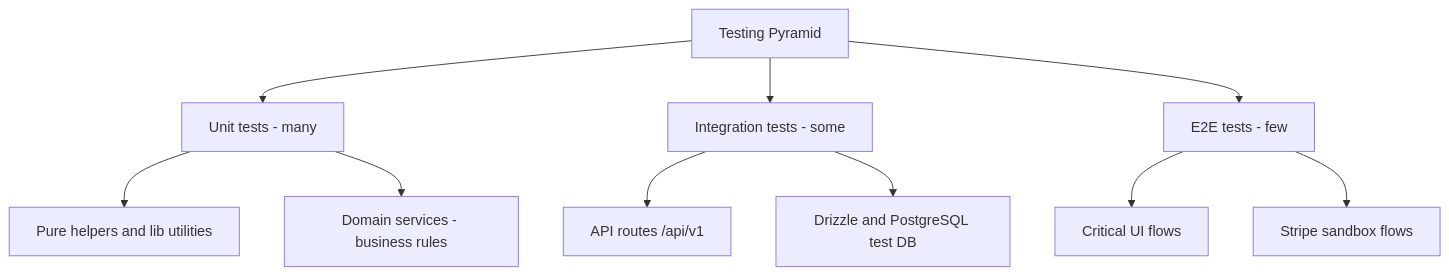
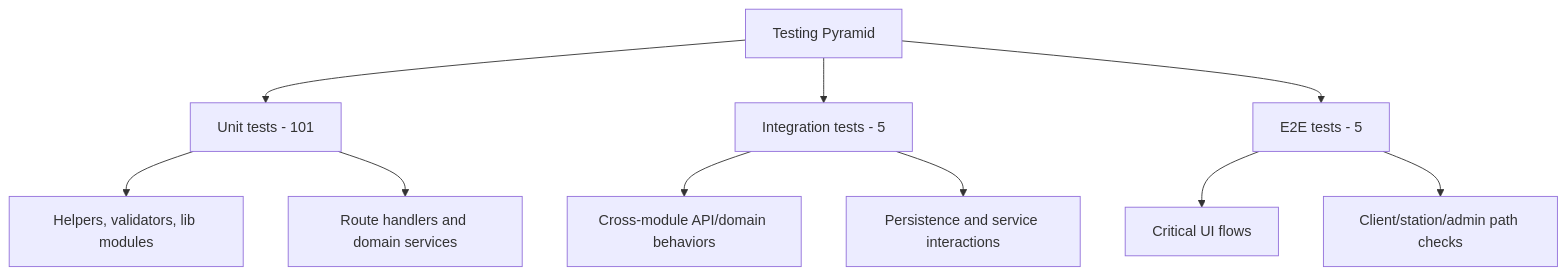
Before and after one commit to LAVE-AUTO/lavo: the first of 2 diagrams in docs/TESTING_STRATEGY.md, drawn with Mermaid. The commit also changed other lines of this file and 7 other files, not shown here.

````diff
--- a/docs/TESTING_STRATEGY.md
+++ b/docs/TESTING_STRATEGY.md
@@ -5,15 +5,15 @@
 ```mermaid
 flowchart TD
-    Pyramid[Testing Pyramid] --> Unit[Unit tests - many]
-    Pyramid --> Integration[Integration tests - some]
-    Pyramid --> E2E[E2E tests - few]
+    Pyramid[Testing Pyramid] --> Unit[Unit tests - 101]
+    Pyramid --> Integration[Integration tests - 5]
+    Pyramid --> E2E[E2E tests - 5]
 
-    Unit --> Targets1[Pure helpers and lib utilities]
-    Unit --> Targets2[Domain services - business rules]
+    Unit --> Targets1[Helpers, validators, lib modules]
+    Unit --> Targets2[Route handlers and domain services]
 
-    Integration --> ApiRoutes[API routes /api/v1]
-    Integration --> DbLayer[Drizzle and PostgreSQL test DB]
+    Integration --> ApiRoutes[Cross-module API/domain behaviors]
+    Integration --> DbLayer[Persistence and service interactions]
 
     E2E --> UiFlows[Critical UI flows]
-    E2E --> Payments[Stripe sandbox flows]
+    E2E --> RoleAreas[Client/station/admin path checks]
 ```
````
